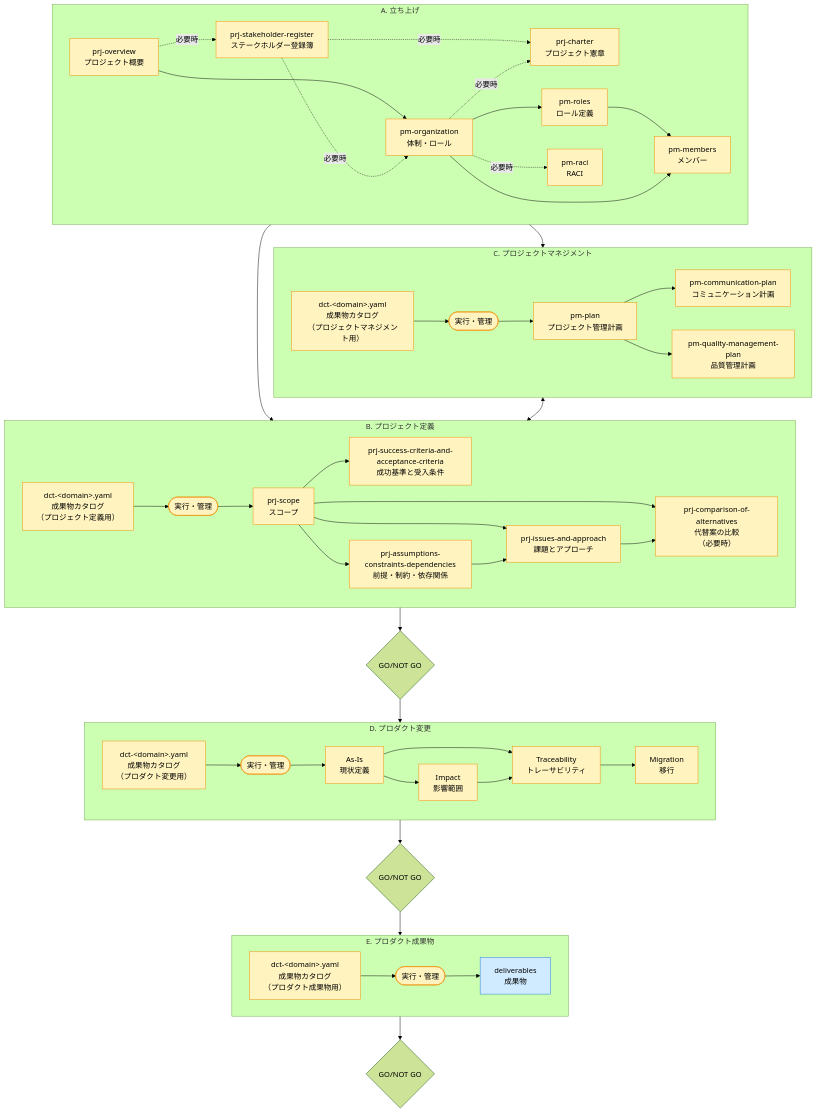
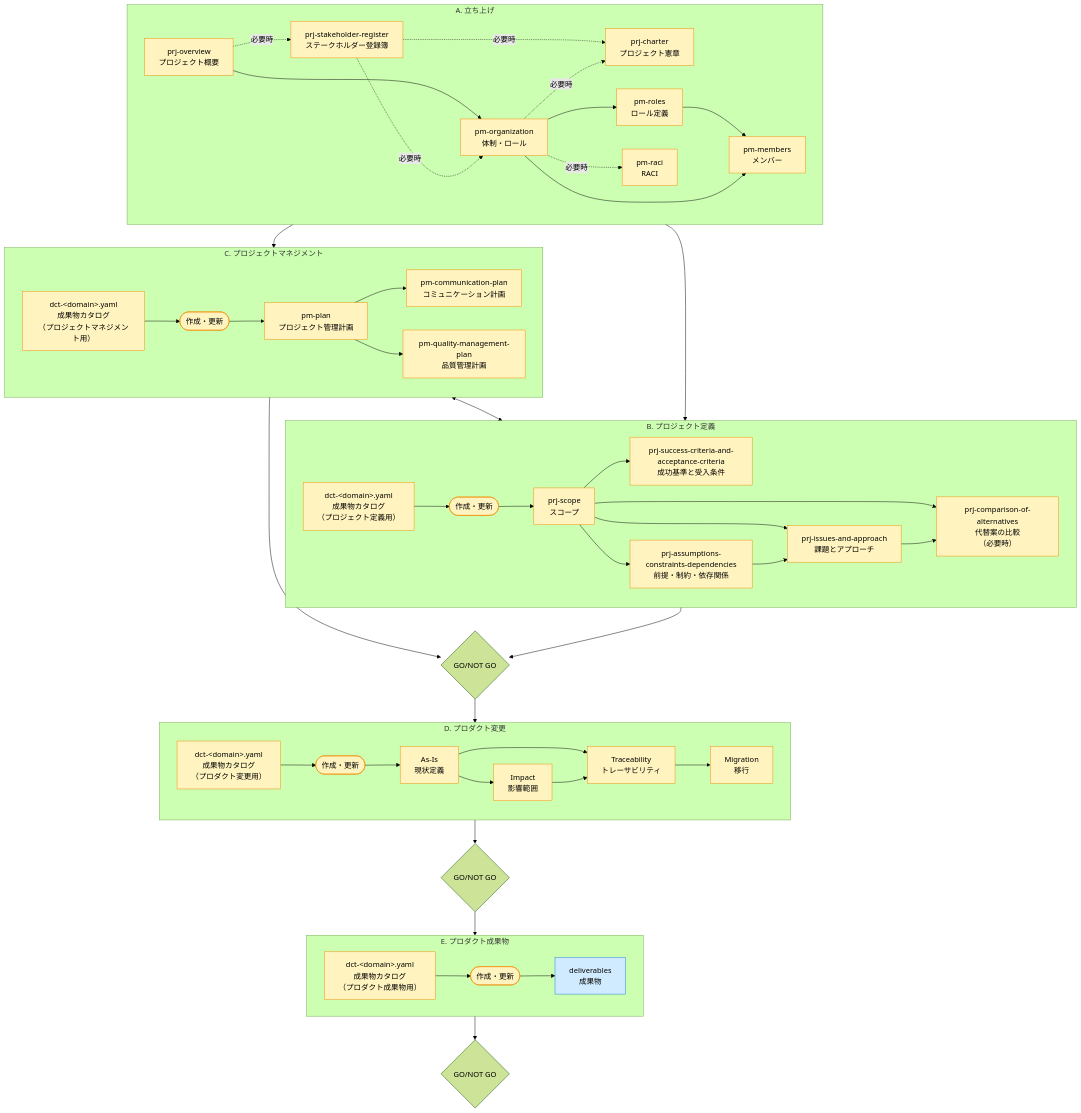
Before and after one commit to specdojo/specdojo: the diagram in docs/ja/specdojo/guides/docs-authoring-order-guide.md, drawn with Mermaid (forest theme). The commit also changed other lines of this file and 2 other files, not shown here.

```diff
--- a/docs/ja/specdojo/guides/docs-authoring-order-guide.md
+++ b/docs/ja/specdojo/guides/docs-authoring-order-guide.md
@@ -77,7 +86,7 @@
   subgraph PM["C. プロジェクトマネジメント"]
   direction LR
     PM_DC["dct-&lt;domain&gt;.yaml<br/>成果物カタログ<br/>（プロジェクトマネジメント用）"]
-    PM_EXE(["実行・管理"])
+    PM_EXE(["作成・更新"])
     PL["pm-plan<br/>プロジェクト管理計画"]
     CP["pm-communication-plan<br/>コミュニケーション計画"]
     QMP["pm-quality-management-plan<br/>品質管理計画"]
@@ -89,7 +98,7 @@
   subgraph PD["B. プロジェクト定義"]
   direction LR
     PD_DC["dct-&lt;domain&gt;.yaml<br/>成果物カタログ<br/>（プロジェクト定義用）"]
-    PD_EXE(["実行・管理"])
+    PD_EXE(["作成・更新"])
     PS["prj-scope<br/>スコープ"]
     SC_AC["prj-success-criteria-and-acceptance-criteria<br/>成功基準と受入条件"]
     ACD["prj-assumptions-constraints-dependencies<br/>前提・制約・依存関係"]
@@ -105,12 +114,13 @@
   end
 
   GT1{"GO/NOT GO"}
+  PM --> GT1
   PD --> GT1 --> PC
 
   subgraph PC["D. プロダクト変更"]
   direction LR
     PC_DC["dct-&lt;domain&gt;.yaml<br/>成果物カタログ<br/>（プロダクト変更用）"]
-    PC_EXE(["実行・管理"])
+    PC_EXE(["作成・更新"])
     AS_IS["As-Is<br/>現状定義"]
     IMP["Impact<br/>影響範囲"]
     TRC["Traceability<br/>トレーサビリティ"]
@@ -128,7 +138,7 @@
   subgraph DEL["E. プロダクト成果物"]
   direction LR
     DEL_DC["dct-&lt;domain&gt;.yaml<br/>成果物カタログ<br/>（プロダクト成果物用）"]
-    DEL_EXE(["実行・管理"])
+    DEL_EXE(["作成・更新"])
     DE["deliverables<br/>成果物"]
     DEL_DC --> DEL_EXE --> DE
   end
```
